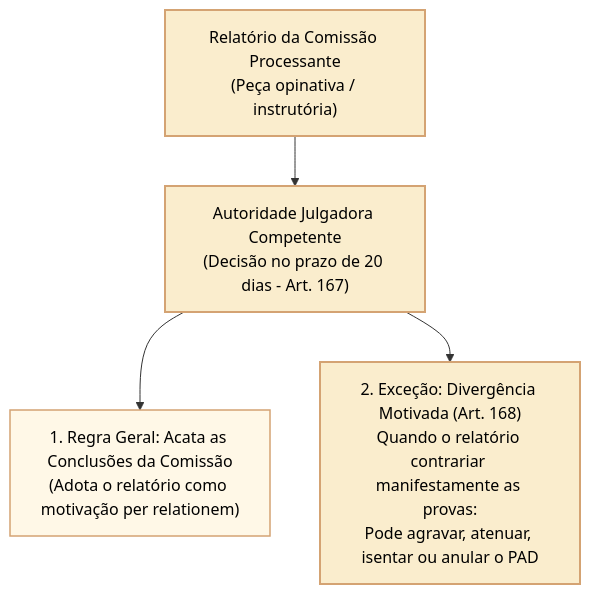
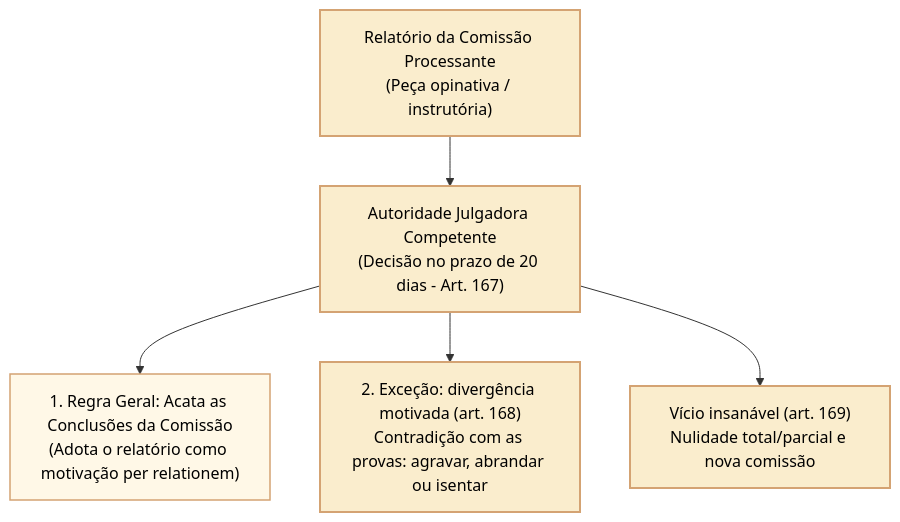
The third of 3 diagrams in 3 - Materias/Direito Administrativo/24 - sindicancia processo administrativo disciplinar e seus ritos.md (leorruas/concursos), drawn with Mermaid before and after one commit. The commit also changed other lines of this file, not shown here.

````diff
--- a/3 - Materias/Direito Administrativo/24 - sindicancia processo administrativo disciplinar e seus ritos.md
+++ b/3 - Materias/Direito Administrativo/24 - sindicancia processo administrativo disciplinar e seus ritos.md
@@ -151,13 +154,14 @@
 ```mermaid
 flowchart TD
     classDef raiz fill:#faedcd,stroke:#d4a373,stroke-width:2px,color:#000000;
     classDef criterio fill:#faedcd,stroke:#d4a373,stroke-width:2px,color:#000000;
     classDef opcao fill:#fff8e7,stroke:#d4a373,stroke-width:1.5px,color:#000000;
 
     REL["Relatório da Comissão Processante<br>(Peça opinativa / instrutória)"]:::raiz
     
     REL --> JULG["Autoridade Julgadora Competente<br>(Decisão no prazo de 20 dias - Art. 167)"]:::criterio
     
     JULG --> ACAT["1. Regra Geral: Acata as Conclusões da Comissão<br>(Adota o relatório como motivação per relationem)"]:::opcao
-    JULG --> DIVERG["2. Exceção: Divergência Motivada (Art. 168)<br>Quando o relatório contrariar manifestamente as provas:<br>Pode agravar, atenuar, isentar ou anular o PAD"]:::raiz
+    JULG --> DIVERG["2. Exceção: divergência motivada (art. 168)<br>Contradição com as provas: agravar, abrandar ou isentar"]:::raiz
+    JULG --> VICIO["Vício insanável (art. 169)<br>Nulidade total/parcial e nova comissão"]:::criterio
 ```
````
